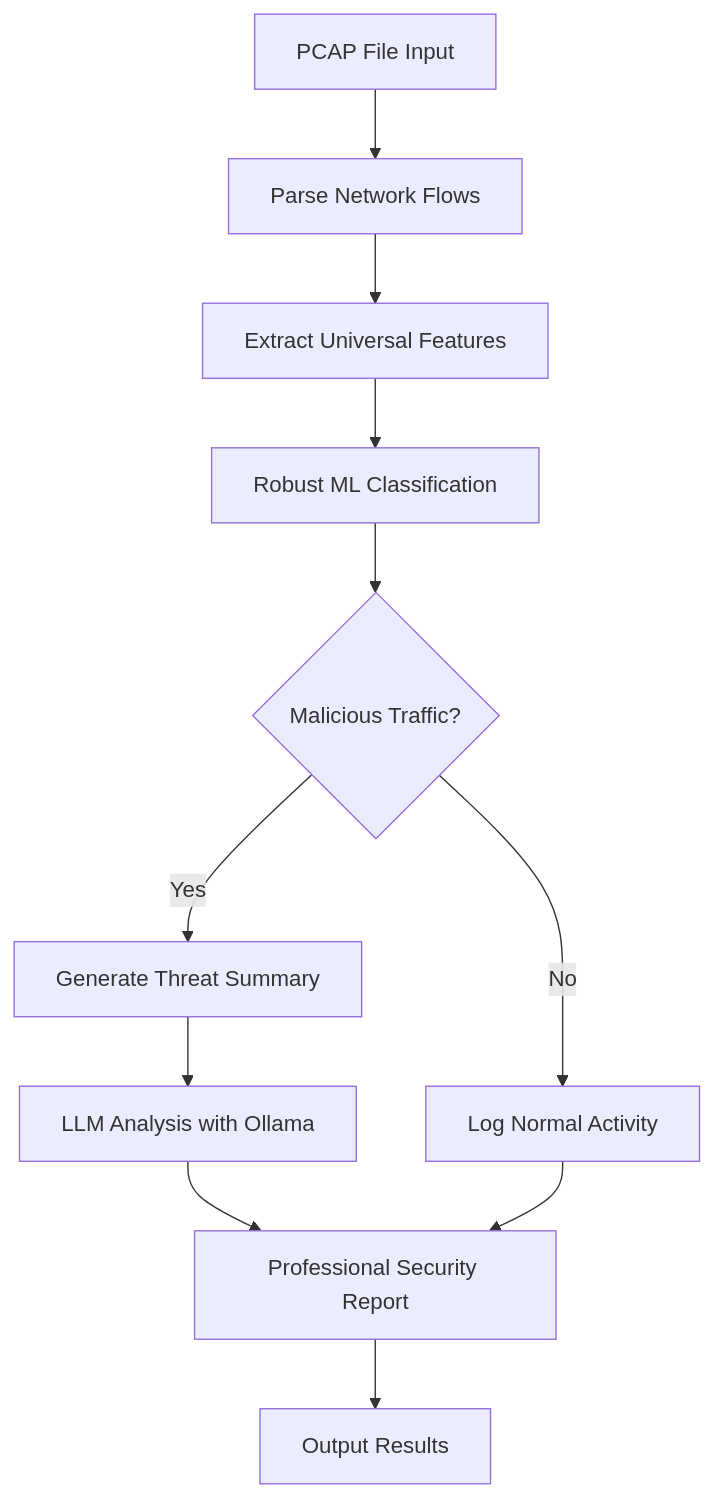
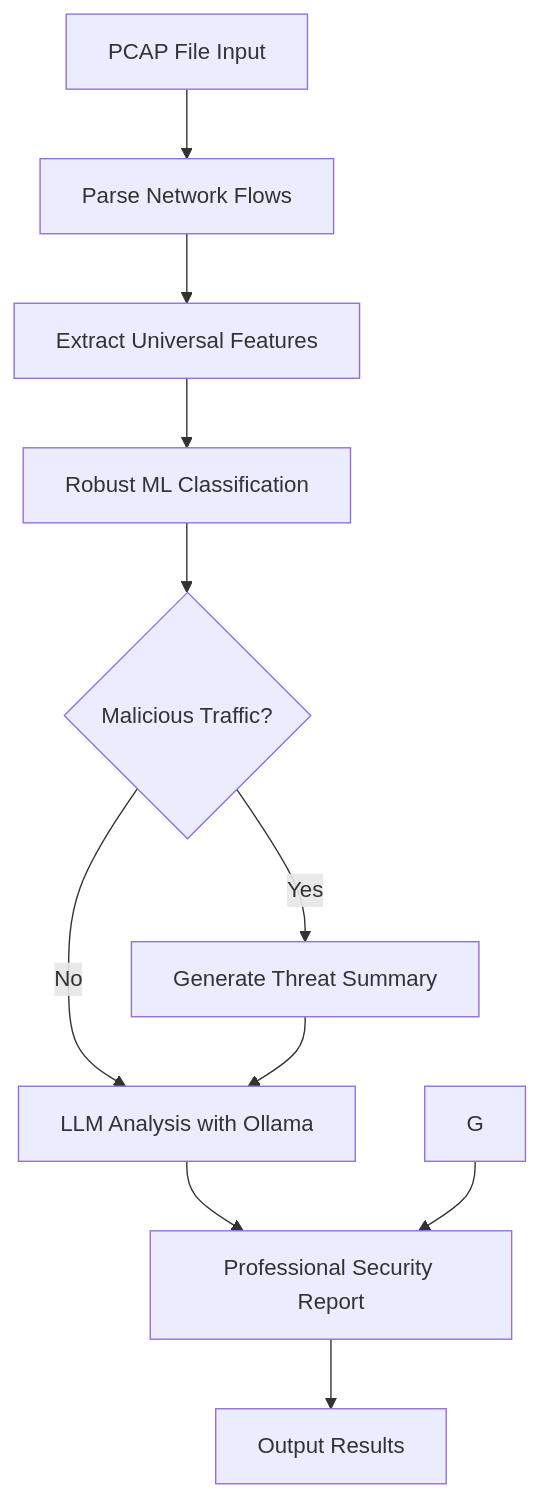
One commit to WasiimSheb/Network-traffic-agent changed the diagram in README.md. Above: the diagram before and after it, drawn with Mermaid.

````diff
--- a/README.md
+++ b/README.md
@@ -167,13 +167,13 @@
 ```mermaid
 graph TD
     A[PCAP File Input] --> B[Parse Network Flows]
     B --> C[Extract Universal Features]
     C --> D[Robust ML Classification]
     D --> E{Malicious Traffic?}
     E -->|Yes| F[Generate Threat Summary]
-    E -->|No| G[Log Normal Activity]
+    E -->|No| H[Log Normal Activity]
     F --> H[LLM Analysis with Ollama]
     H --> I[Professional Security Report]
     G --> I
     I --> J[Output Results]
 ```
````
